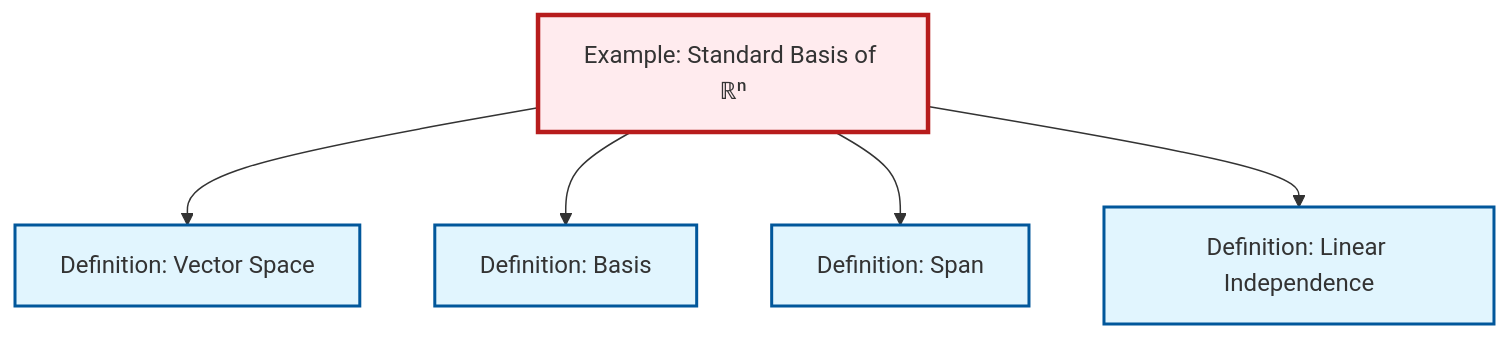
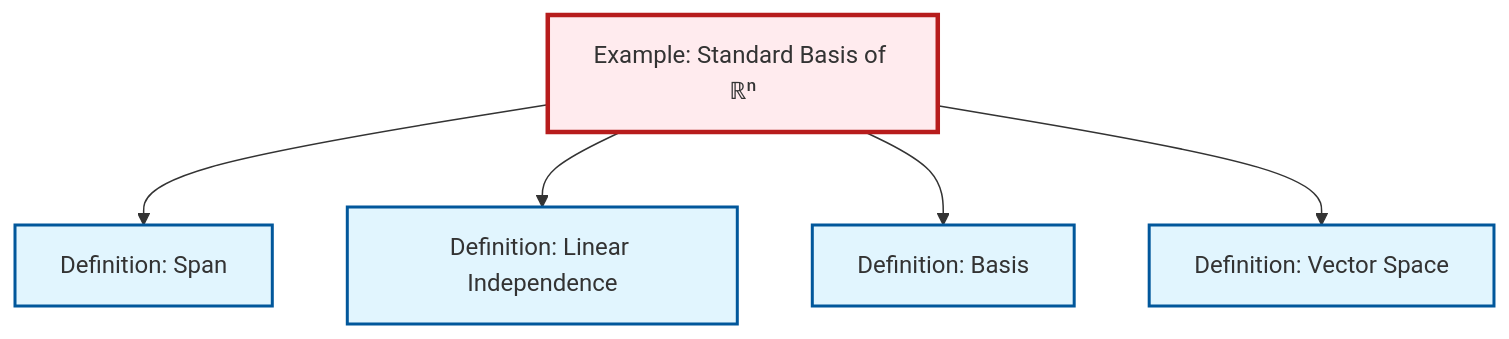
One commit to RK0429/ModernMath changed the diagram in content/en/algebra/ex-standard-basis-rn.qmd. Above: the diagram before and after it, drawn with Mermaid. The commit also changed other lines of this file and 491 other files, not shown here.

````diff
--- a/content/en/algebra/ex-standard-basis-rn.qmd
+++ b/content/en/algebra/ex-standard-basis-rn.qmd
@@ -62,23 +62,23 @@
 ```{mermaid}
 %%| fig-cap: "Local dependency graph"
 graph TD
     classDef definition fill:#e1f5fe,stroke:#01579b,stroke-width:2px
     classDef theorem fill:#f3e5f5,stroke:#4a148c,stroke-width:2px
     classDef axiom fill:#fff3e0,stroke:#e65100,stroke-width:2px
     classDef example fill:#e8f5e9,stroke:#1b5e20,stroke-width:2px
     classDef current fill:#ffebee,stroke:#b71c1c,stroke-width:3px
+    def-linear-independence["Definition: Linear Independence"]:::definition
     def-basis["Definition: Basis"]:::definition
+    def-vector-space["Definition: Vector Space"]:::definition
+    def-span["Definition: Span"]:::definition
     ex-standard-basis-rn["Example: Standard Basis of ℝⁿ"]:::example
-    def-span["Definition: Span"]:::definition
-    def-linear-independence["Definition: Linear Independence"]:::definition
-    def-vector-space["Definition: Vector Space"]:::definition
-    ex-standard-basis-rn --> def-vector-space
-    ex-standard-basis-rn --> def-basis
     ex-standard-basis-rn --> def-span
     ex-standard-basis-rn --> def-linear-independence
+    ex-standard-basis-rn --> def-basis
+    ex-standard-basis-rn --> def-vector-space
     class ex-standard-basis-rn current
+    click def-linear-independence "def-linear-independence.html" "Go to Linear Independence definition"
     click def-basis "def-basis.html" "Go to Basis definition"
+    click def-vector-space "def-vector-space.html" "Go to Vector Space definition"
     click def-span "def-span.html" "Go to Span definition"
-    click def-linear-independence "def-linear-independence.html" "Go to Linear Independence definition"
-    click def-vector-space "def-vector-space.html" "Go to Vector Space definition"
 ```
````
